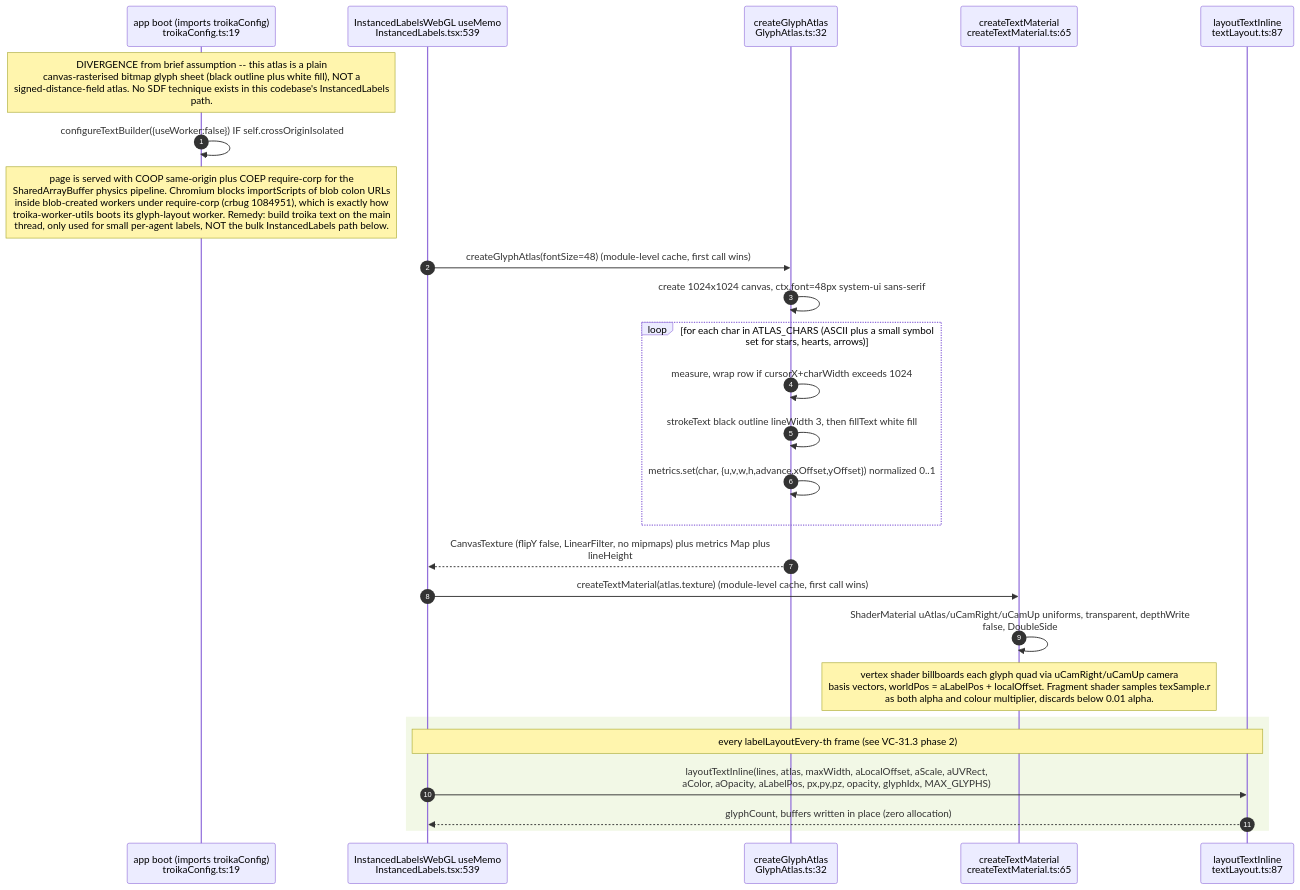
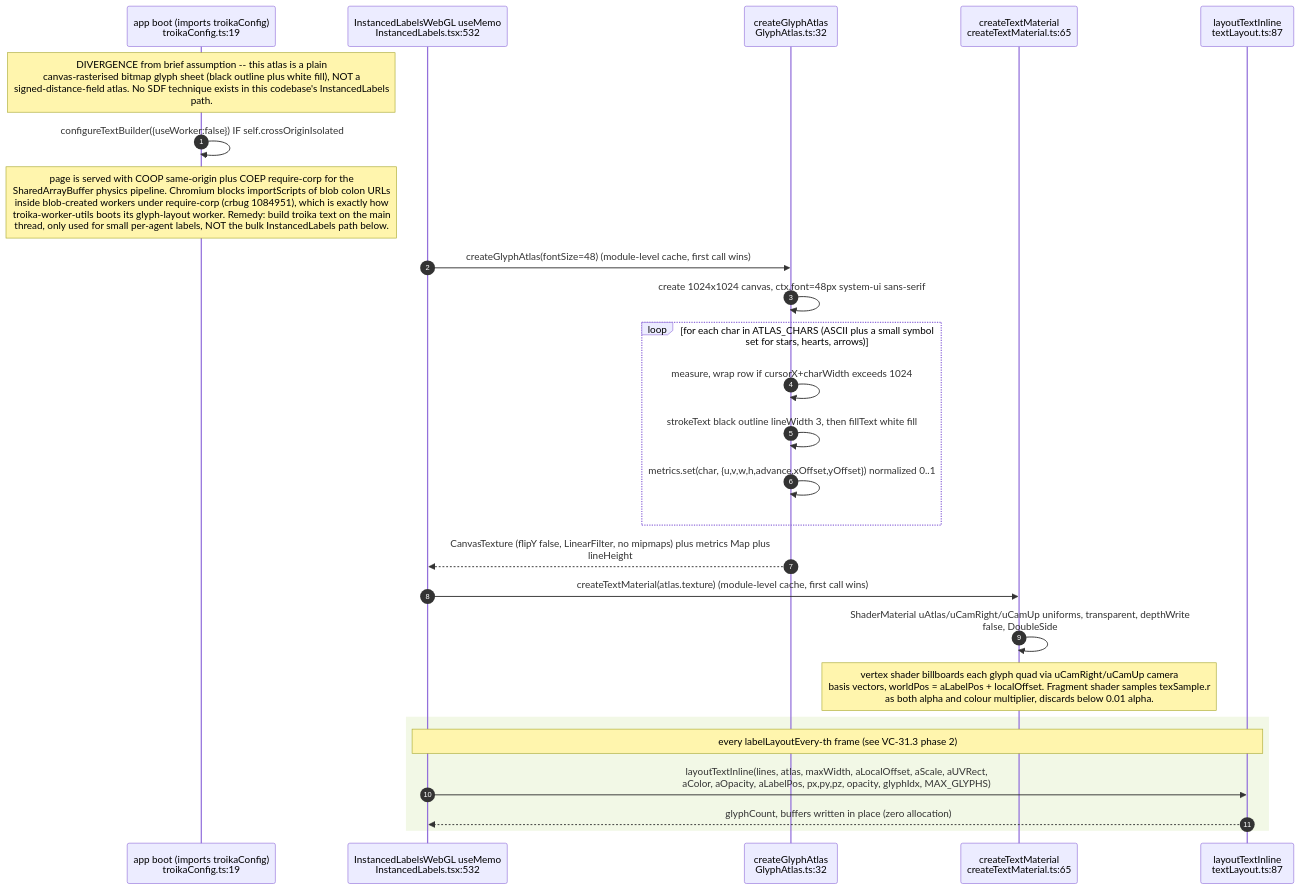
Before and after one commit to DreamLab-AI/VisionFlow: the seventh of 11 diagrams in docs/diagrams/visionclaw/31-client-graph-render-pipeline.md, drawn with Mermaid. The commit also changed other lines of this file and 111 other files, not shown here.

Commit message:
docs(diagrams): align estate maps with current source

````diff
--- a/docs/diagrams/visionclaw/31-client-graph-render-pipeline.md
+++ b/docs/diagrams/visionclaw/31-client-graph-render-pipeline.md
@@ -452,31 +452,31 @@
 ```mermaid
 sequenceDiagram
     autonumber
     participant BOOT as app boot (imports troikaConfig)<br/>troikaConfig.ts:19
-    participant IL as InstancedLabelsWebGL useMemo<br/>InstancedLabels.tsx:539
+    participant IL as InstancedLabelsWebGL useMemo<br/>InstancedLabels.tsx:532
     participant ATLAS as createGlyphAtlas<br/>GlyphAtlas.ts:32
     participant MAT as createTextMaterial<br/>createTextMaterial.ts:65
     participant LAY as layoutTextInline<br/>textLayout.ts:87
 
     Note over BOOT: DIVERGENCE from brief assumption -- this atlas is a plain<br/>canvas-rasterised bitmap glyph sheet (black outline plus white fill), NOT a<br/>signed-distance-field atlas. No SDF technique exists in this codebase's InstancedLabels<br/>path.
     BOOT->>BOOT: configureTextBuilder({useWorker:false}) IF self.crossOriginIsolated
     Note over BOOT: page is served with COOP same-origin plus COEP require-corp for the<br/>SharedArrayBuffer physics pipeline. Chromium blocks importScripts of blob colon URLs<br/>inside blob-created workers under require-corp (crbug 1084951), which is exactly how<br/>troika-worker-utils boots its glyph-layout worker. Remedy: build troika text on the main<br/>thread, only used for small per-agent labels, NOT the bulk InstancedLabels path below.
 
     IL->>ATLAS: createGlyphAtlas(fontSize=48) (module-level cache, first call wins)
     ATLAS->>ATLAS: create 1024x1024 canvas, ctx.font=48px system-ui sans-serif
     loop for each char in ATLAS_CHARS (ASCII plus a small symbol set for stars, hearts, arrows)
         ATLAS->>ATLAS: measure, wrap row if cursorX+charWidth exceeds 1024
         ATLAS->>ATLAS: strokeText black outline lineWidth 3, then fillText white fill
         ATLAS->>ATLAS: metrics.set(char, {u,v,w,h,advance,xOffset,yOffset}) normalized 0..1
     end
     ATLAS-->>IL: CanvasTexture (flipY false, LinearFilter, no mipmaps) plus metrics Map plus<br/>lineHeight
     IL->>MAT: createTextMaterial(atlas.texture) (module-level cache, first call wins)
     MAT->>MAT: ShaderMaterial uAtlas/uCamRight/uCamUp uniforms, transparent, depthWrite<br/>false, DoubleSide
     Note over MAT: vertex shader billboards each glyph quad via uCamRight/uCamUp camera<br/>basis vectors, worldPos = aLabelPos + localOffset. Fragment shader samples texSample.r<br/>as both alpha and colour multiplier, discards below 0.01 alpha.
 
     rect rgb(242,248,230)
     Note over IL,LAY: every labelLayoutEvery-th frame (see VC-31.3 phase 2)
     IL->>LAY: layoutTextInline(lines, atlas, maxWidth, aLocalOffset, aScale, aUVRect,<br/>aColor, aOpacity, aLabelPos, px,py,pz, opacity, glyphIdx, MAX_GLYPHS)
     LAY-->>IL: glyphCount, buffers written in place (zero allocation)
     end
 ```
````
